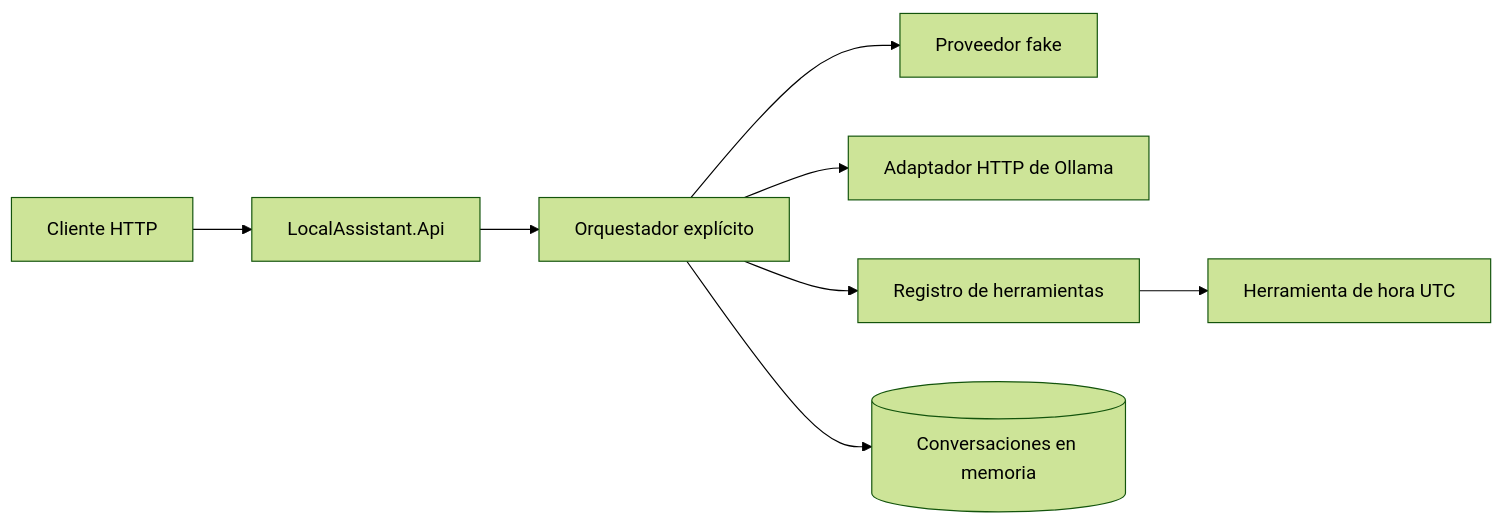
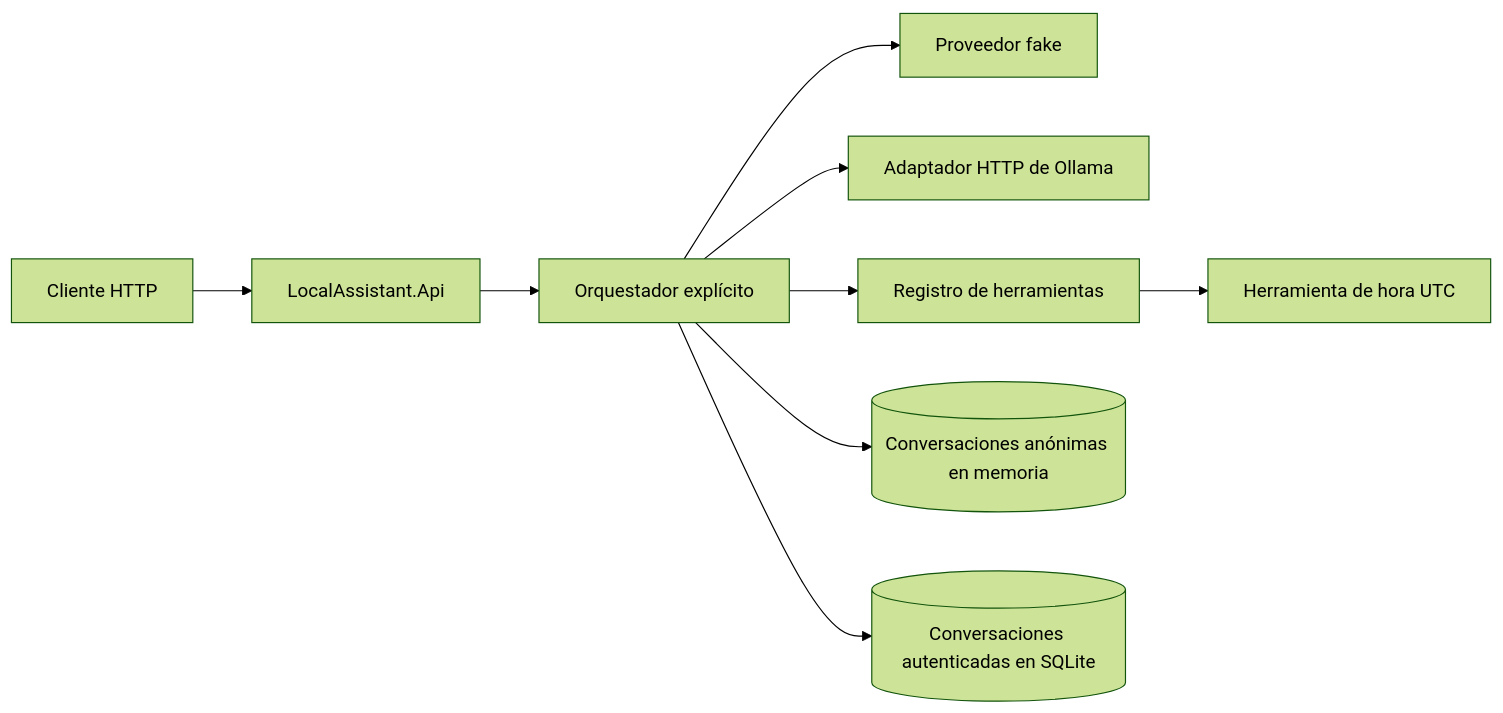
One commit to carlos-aisa/LocalAssistant changed the first of 2 diagrams in README.md. Above: the diagram before and after it, drawn with Mermaid (forest theme). The commit also changed other lines of this file and 7 other files, not shown here.

````diff
--- a/README.md
+++ b/README.md
@@ -61,10 +62,11 @@
 ```mermaid
 flowchart LR
     Client[Cliente HTTP] --> Api[LocalAssistant.Api]
     Api --> Orchestrator[Orquestador explícito]
     Orchestrator --> Fake[Proveedor fake]
     Orchestrator --> Ollama[Adaptador HTTP de Ollama]
     Orchestrator --> Registry[Registro de herramientas]
     Registry --> Time[Herramienta de hora UTC]
-    Orchestrator --> Memory[(Conversaciones en memoria)]
+    Orchestrator --> Memory[(Conversaciones anónimas en memoria)]
+    Orchestrator --> Sqlite[(Conversaciones autenticadas en SQLite)]
 ```
````
